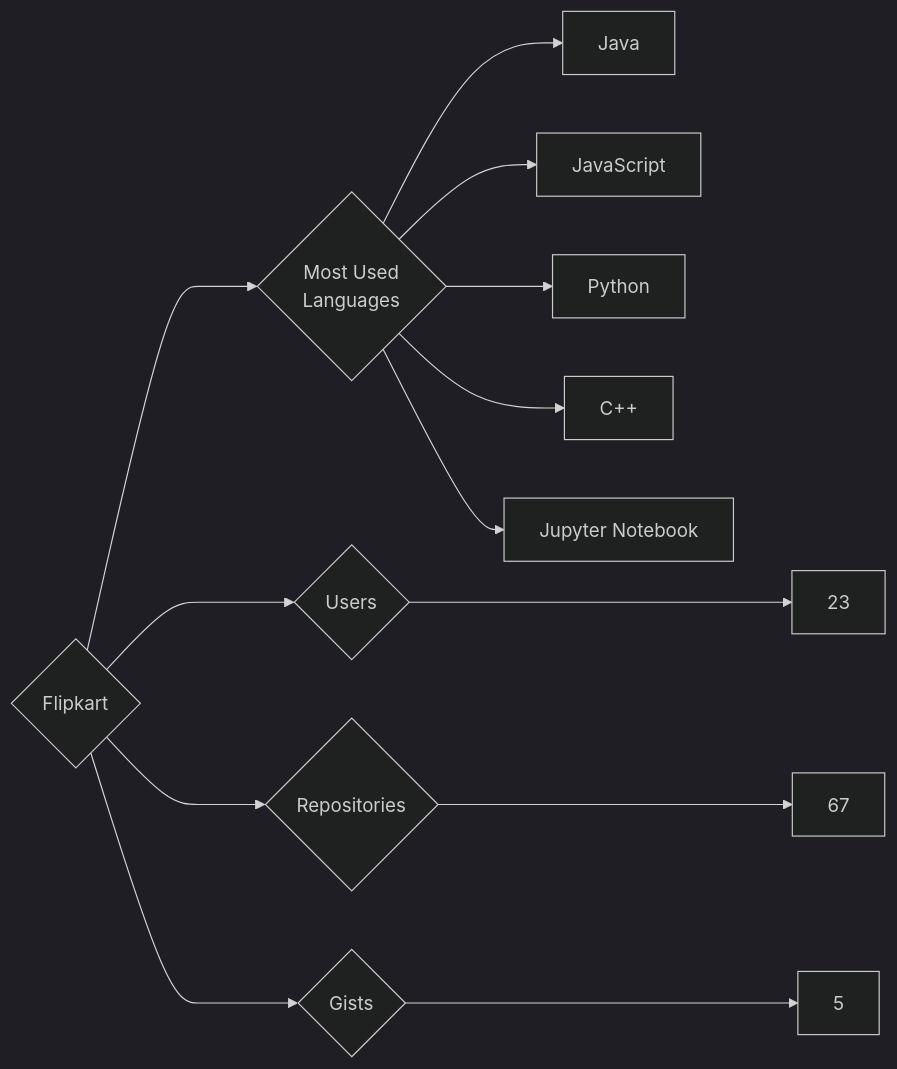
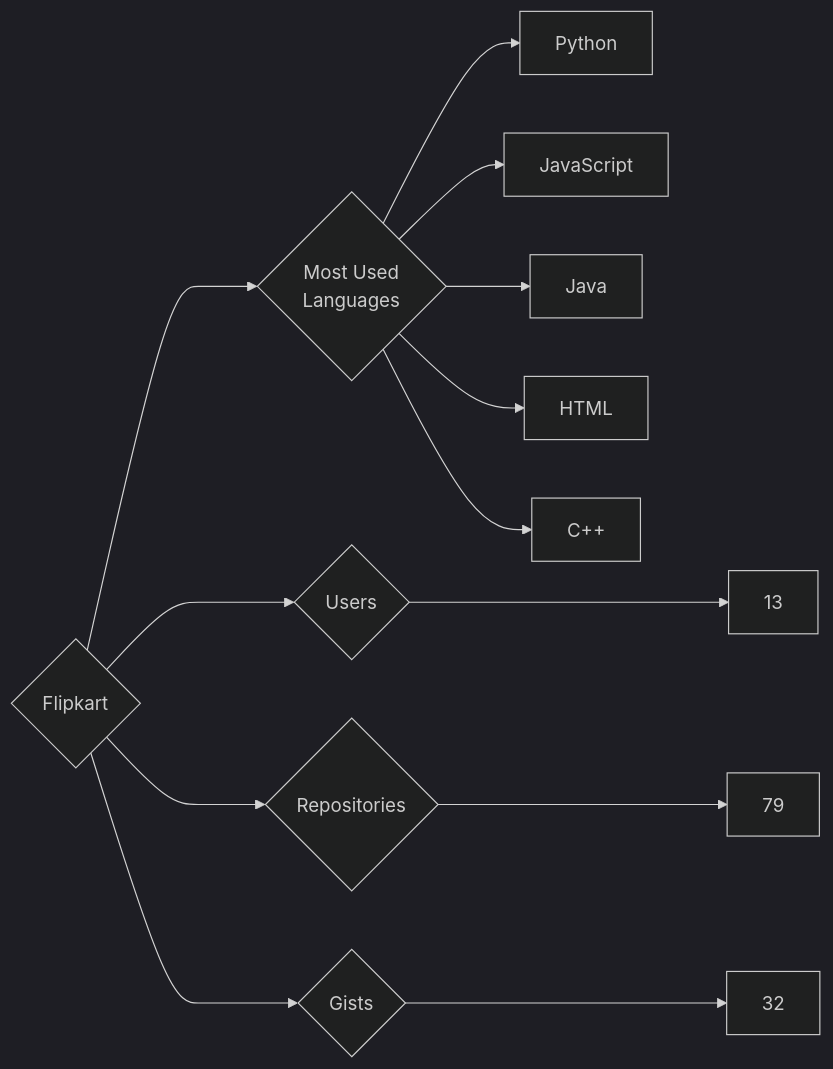
The diagram in targets/Flipkart/README.md (trickest/insiders), drawn with Mermaid (dark theme) before and after one commit. The commit also changed 953 other files, not shown here.

````diff
--- a/targets/Flipkart/README.md
+++ b/targets/Flipkart/README.md
@@ -3,13 +3,13 @@
 ```mermaid
 graph LR
 COMPANY_NAME{Flipkart}
-COMPANY_NAME ---> U{Users} ---> UN[23]
-COMPANY_NAME ---> R{Repositories} ---> RN[67]
-COMPANY_NAME ---> G{Gists} ---> GN[5]
+COMPANY_NAME ---> U{Users} ---> UN[13]
+COMPANY_NAME ---> R{Repositories} ---> RN[79]
+COMPANY_NAME ---> G{Gists} ---> GN[32]
 COMPANY_NAME ---> ML{Most Used<br>Languages}
+ML --> Python[Python]
+ML --> JavaScript[JavaScript]
 ML --> Java[Java]
-ML --> JavaScript[JavaScript]
-ML --> Python[Python]
+ML --> HTML[HTML]
 ML --> C++[C++]
-ML --> Jupyter_Notebook[Jupyter Notebook]
 ```
````
